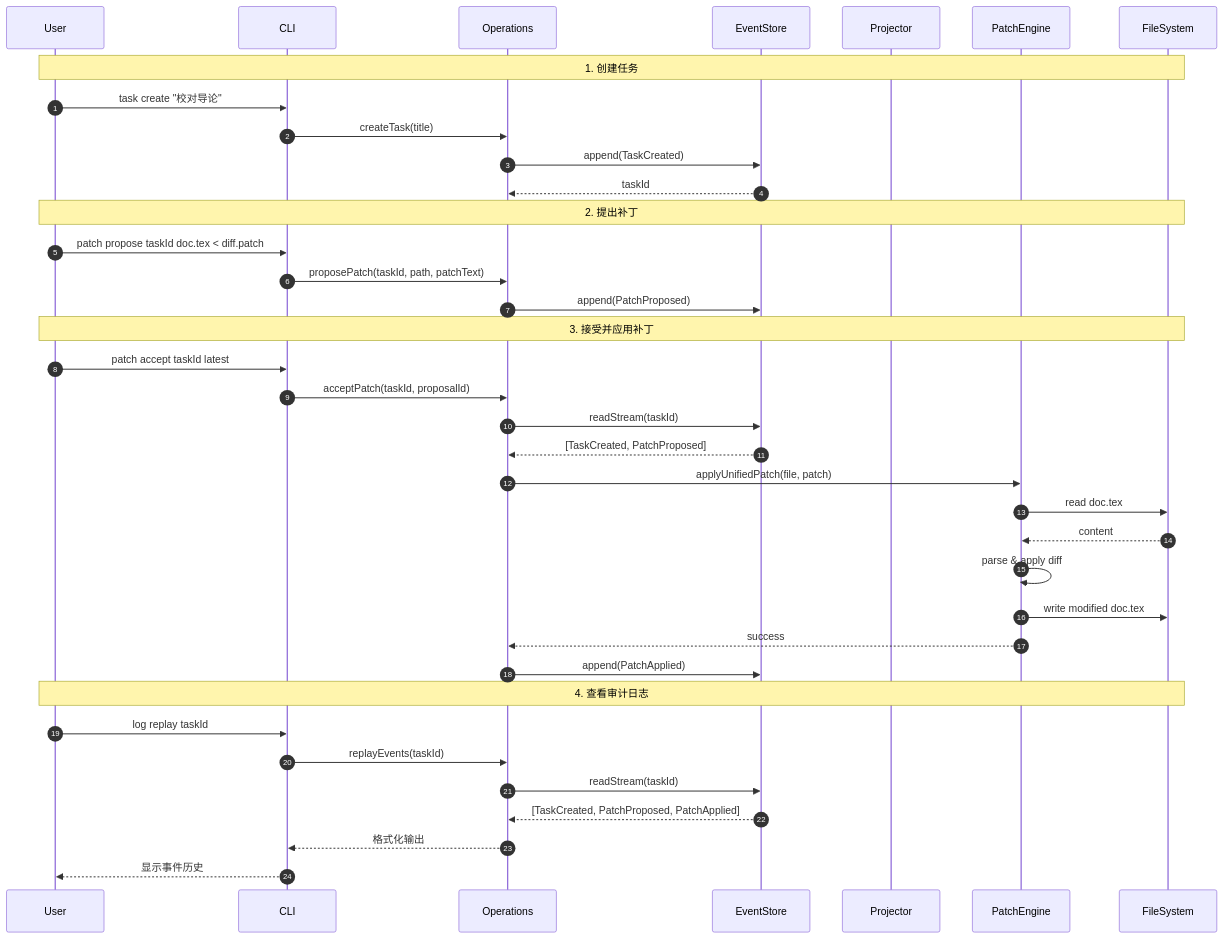
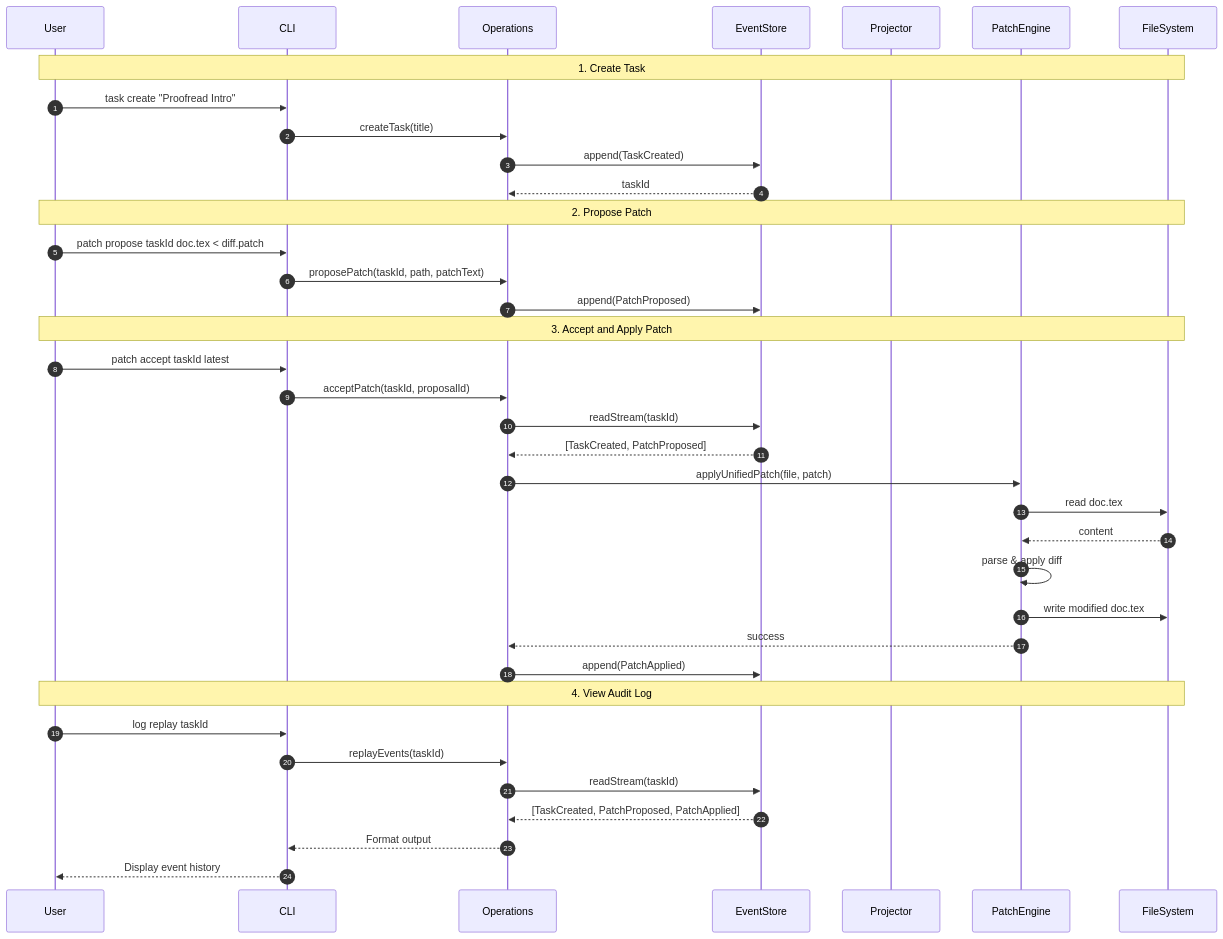
One commit to Adversarr/coauthor changed the fourth of 5 diagrams in docs/M0_STATUS.md. Above: the diagram before and after it, drawn with Mermaid. The commit also changed other lines of this file and 13 other files, not shown here.

````diff
--- a/docs/M0_STATUS.md
+++ b/docs/M0_STATUS.md
@@ -302,43 +304,43 @@
 ```mermaid
 sequenceDiagram
     autonumber
     participant User
     participant CLI
     participant Operations
     participant EventStore
     participant Projector
     participant PatchEngine
     participant FileSystem
 
-    Note over User,FileSystem: 1. 创建任务
-    User->>CLI: task create "校对导论"
+    Note over User,FileSystem: 1. Create Task
+    User->>CLI: task create "Proofread Intro"
     CLI->>Operations: createTask(title)
     Operations->>EventStore: append(TaskCreated)
     EventStore-->>Operations: taskId
 
-    Note over User,FileSystem: 2. 提出补丁
+    Note over User,FileSystem: 2. Propose Patch
     User->>CLI: patch propose taskId doc.tex < diff.patch
     CLI->>Operations: proposePatch(taskId, path, patchText)
     Operations->>EventStore: append(PatchProposed)
     
-    Note over User,FileSystem: 3. 接受并应用补丁
+    Note over User,FileSystem: 3. Accept and Apply Patch
     User->>CLI: patch accept taskId latest
     CLI->>Operations: acceptPatch(taskId, proposalId)
     Operations->>EventStore: readStream(taskId)
     EventStore-->>Operations: [TaskCreated, PatchProposed]
     Operations->>PatchEngine: applyUnifiedPatch(file, patch)
     PatchEngine->>FileSystem: read doc.tex
     FileSystem-->>PatchEngine: content
     PatchEngine->>PatchEngine: parse & apply diff
     PatchEngine->>FileSystem: write modified doc.tex
     PatchEngine-->>Operations: success
     Operations->>EventStore: append(PatchApplied)
     
-    Note over User,FileSystem: 4. 查看审计日志
+    Note over User,FileSystem: 4. View Audit Log
     User->>CLI: log replay taskId
     CLI->>Operations: replayEvents(taskId)
     Operations->>EventStore: readStream(taskId)
     EventStore-->>Operations: [TaskCreated, PatchProposed, PatchApplied]
-    Operations-->>CLI: 格式化输出
-    CLI-->>User: 显示事件历史
+    Operations-->>CLI: Format output
+    CLI-->>User: Display event history
 ```
````
